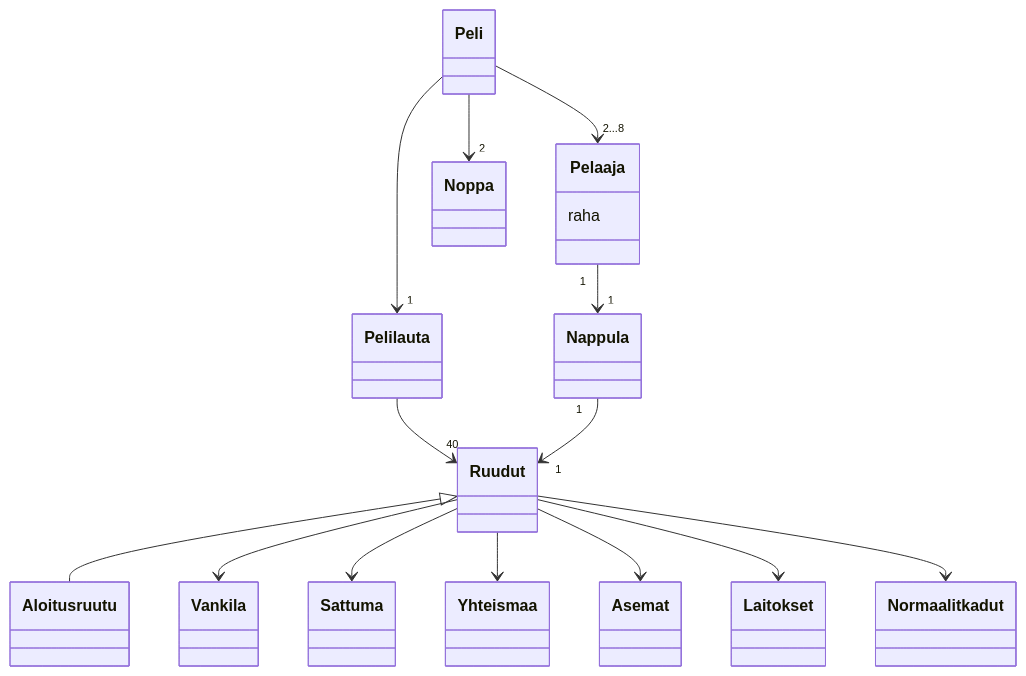
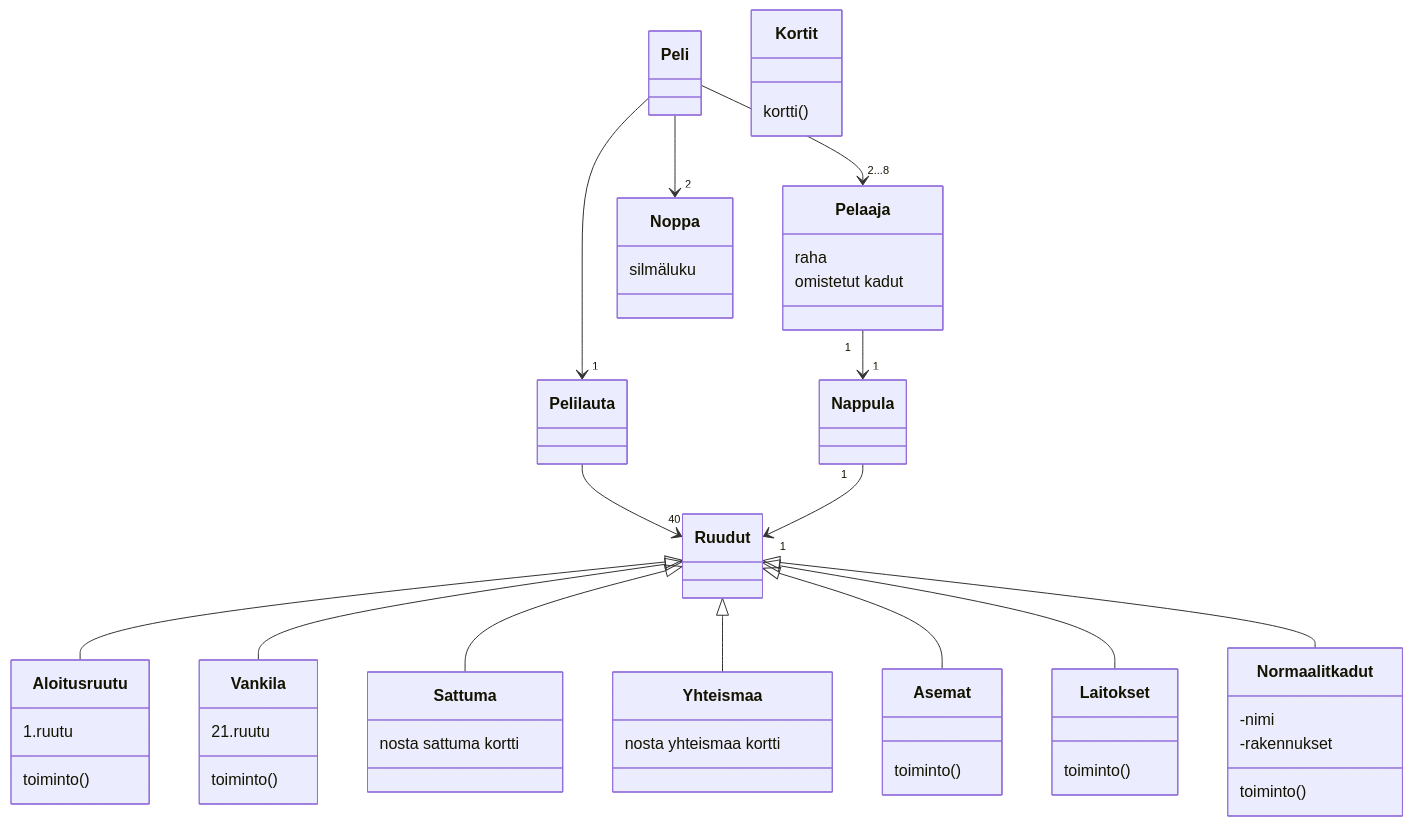
One commit to Aaltonenn/ot-harjoitustyo changed the diagram in laskarit/viikko3/monopoli2.md. Above: the diagram before and after it, drawn with Mermaid.

````diff
--- a/laskarit/viikko3/monopoli2.md
+++ b/laskarit/viikko3/monopoli2.md
@@ -3,38 +3,64 @@
 ```mermaid
  classDiagram
       Peli --> "2...8" Pelaaja
       Peli --> "1" Pelilauta
       Peli --> "2" Noppa
       Pelaaja "1" --> "1" Nappula
       Pelilauta --> "40" Ruudut
       Nappula "1" --> "1" Ruudut
       Ruudut <|-- Aloitusruutu
-      Ruudut --> Vankila
-      Ruudut --> Sattuma
-      Ruudut --> Yhteismaa
-      Ruudut --> Asemat
-      Ruudut --> Laitokset
-      Ruudut --> Normaalit kadut
+      Ruudut <|-- Vankila
+      Ruudut <|-- Sattuma
+      Ruudut <|-- Yhteismaa
+      Ruudut <|-- Asemat
+      Ruudut <|-- Laitokset
+      Ruudut <|-- Normaalit kadut
 
 
 
       class Pelaaja{
       raha
+      omistetut kadut
       }
       class Pelilauta{
       }
       class Peli{
+      }
+      class Noppa{
+      silmäluku
       }
       class Nappula{
       }
       class Ruudut{
       }
       class Aloitusruutu{
+      1.ruutu
+      toiminto()
       }
       class Vankila{
+      21.ruutu
+      toiminto()
       }
       class Sattuma{
+      nosta sattuma kortti
+      }
+      class Yhteismaa{
+      nosta yhteismaa kortti
+      }
+      class Asemat{
+      toiminto()
+      }
+      class Laitokset{
+      toiminto()
+      }
+      class Normaalit kadut{
+      -nimi
+      toiminto()
+      -rakennukset
+      }
+      class Kortit{
+      kortti()
       }
 
 
 ```
````
